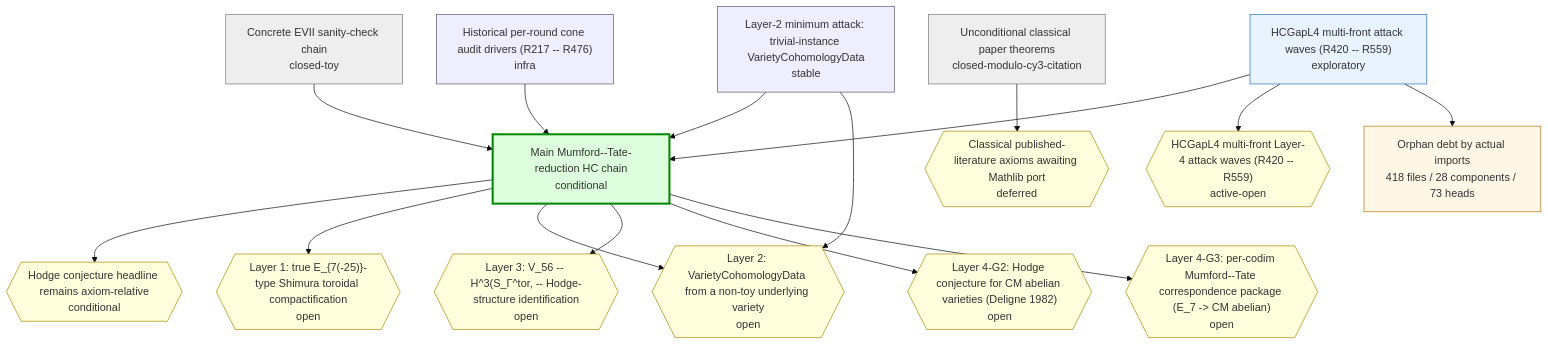
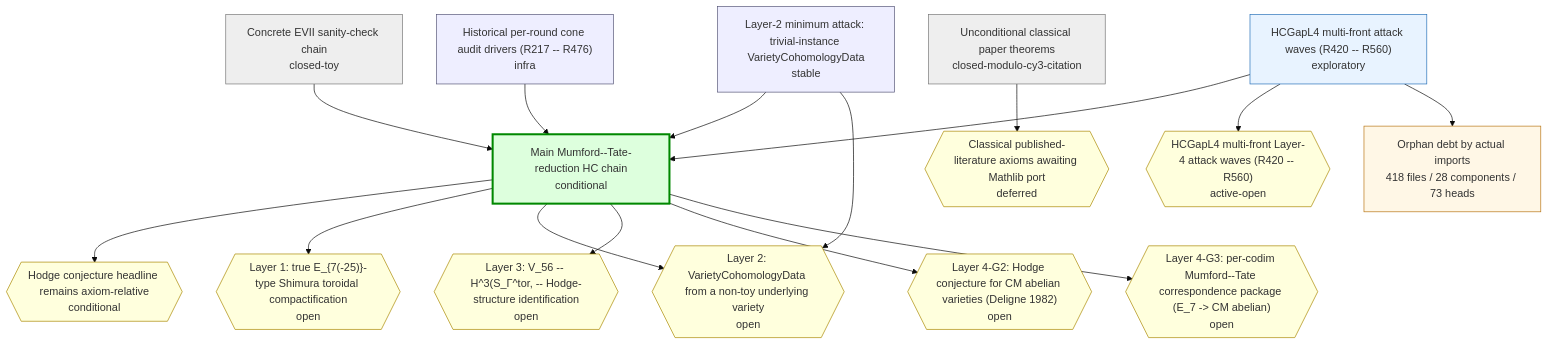
Before and after one commit to crabsatellite/hodge-conjecture-lean4-formalization: the first of 2 diagrams in chain-status/research-map.md, drawn with Mermaid (base theme). The commit also changed other lines of this file and 7 other files, not shown here.

````diff
--- a/chain-status/research-map.md
+++ b/chain-status/research-map.md
@@ -45,44 +45,44 @@
 ```mermaid
 graph TD
   classDef main fill:#dfd,stroke:#080,stroke-width:3px
   classDef active fill:#e8f3ff,stroke:#2670b8
   classDef support fill:#eef,stroke:#557
   classDef closed fill:#eee,stroke:#777
   classDef dead fill:#fdd,stroke:#a00,stroke-width:2px
   classDef gapOpen fill:#ffd,stroke:#a80
   classDef gapClosed fill:#eee,stroke:#777
   classDef gapDead fill:#fdd,stroke:#a00
   classDef debt fill:#fff7e6,stroke:#b87514
   classDef debtTaxonomy fill:#e8f3ff,stroke:#2670b8,stroke-dasharray:3 3
   classDef debtRule fill:#eefbea,stroke:#398439,stroke-dasharray:3 3
   classDef debtDead fill:#fdd,stroke:#a00,stroke-dasharray:3 3
   chain_main_hc_axiom_relative["Main Mumford--Tate-reduction HC chain\nconditional"]:::main
   chain_unconditional_classical["Unconditional classical paper theorems\nclosed-modulo-cy3-citation"]:::closed
   chain_hcgap_l2_trivial_instances["Layer-2 minimum attack: trivial-instance VarietyCohomologyData\nstable"]:::support
-  chain_hcgap_l4_multifront_active["HCGapL4 multi-front attack waves (R420 -- R559)\nexploratory"]:::active
+  chain_hcgap_l4_multifront_active["HCGapL4 multi-front attack waves (R420 -- R560)\nexploratory"]:::active
   chain_concrete_evii_toy["Concrete EVII sanity-check chain\nclosed-toy"]:::closed
   chain_historical_cone_audits["Historical per-round cone audit drivers (R217 -- R476)\ninfra"]:::support
   gap_G_main_hc{{"Hodge conjecture headline remains axiom-relative\nconditional"}}:::gapOpen
   gap_G_l1_e7_shimura_tor{{"Layer 1: true E_{7(-25)}-type Shimura toroidal compactification\nopen"}}:::gapOpen
   gap_G_l2_cohomology_construction{{"Layer 2: VarietyCohomologyData from a non-toy underlying variety\nopen"}}:::gapOpen
   gap_G_l3_v56_mt_identification{{"Layer 3: V_56 -- H^3(S_Γ^tor, -- Hodge-structure identification\nopen"}}:::gapOpen
   gap_G_l4_cm_abelian_hc{{"Layer 4-G2: Hodge conjecture for CM abelian varieties (Deligne 1982)\nopen"}}:::gapOpen
   gap_G_l4_mt_correspondence{{"Layer 4-G3: per-codim Mumford--Tate correspondence package (E_7 -> CM abelian)\nopen"}}:::gapOpen
   gap_G_classical_mathlib_port{{"Classical published-literature axioms awaiting Mathlib port\ndeferred"}}:::gapOpen
-  gap_G_hcgap_l4_multifront{{"HCGapL4 multi-front Layer-4 attack waves (R420 -- R559)\nactive-open"}}:::gapOpen
+  gap_G_hcgap_l4_multifront{{"HCGapL4 multi-front Layer-4 attack waves (R420 -- R560)\nactive-open"}}:::gapOpen
   chain_main_hc_axiom_relative --> gap_G_main_hc
   chain_main_hc_axiom_relative --> gap_G_l1_e7_shimura_tor
   chain_main_hc_axiom_relative --> gap_G_l2_cohomology_construction
   chain_main_hc_axiom_relative --> gap_G_l3_v56_mt_identification
   chain_main_hc_axiom_relative --> gap_G_l4_cm_abelian_hc
   chain_main_hc_axiom_relative --> gap_G_l4_mt_correspondence
   chain_unconditional_classical --> gap_G_classical_mathlib_port
   chain_hcgap_l2_trivial_instances --> chain_main_hc_axiom_relative
   chain_hcgap_l2_trivial_instances --> gap_G_l2_cohomology_construction
   chain_hcgap_l4_multifront_active --> chain_main_hc_axiom_relative
   chain_hcgap_l4_multifront_active --> gap_G_hcgap_l4_multifront
   chain_concrete_evii_toy --> chain_main_hc_axiom_relative
   chain_historical_cone_audits --> chain_main_hc_axiom_relative
   debt_all["Orphan debt by actual imports\n418 files / 28 components / 73 heads"]:::debt
   chain_hcgap_l4_multifront_active --> debt_all
 ```
````
